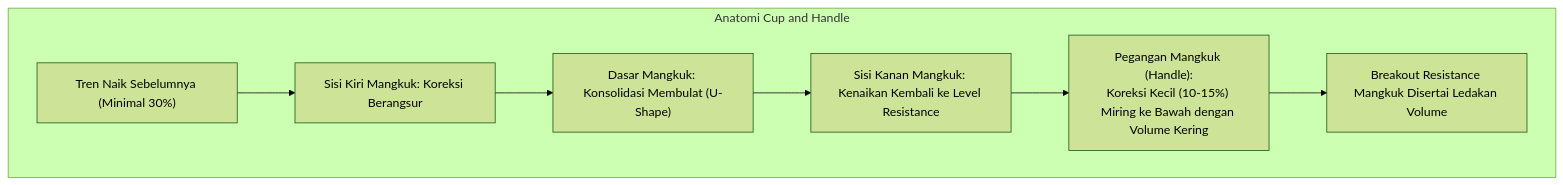
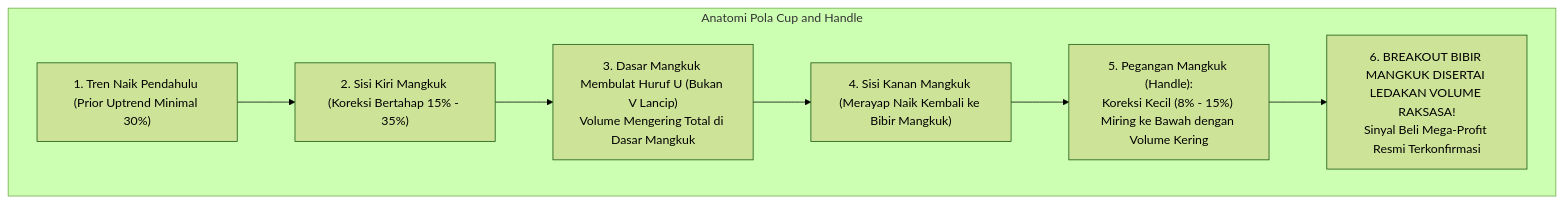
Before and after one commit to AlulCode45/Trading-Learning-Path: the eighth of 9 diagrams in docs/edianto-ong/21-chart-patterns.md, drawn with Mermaid (forest theme). The commit also changed other lines of this file and 29 other files, not shown here.

Commit message:
docs(edianto-ong): upgrade all 29 chapters with beginner analogies, diagrams, step-by-step guides, and case studies

````diff
--- a/docs/edianto-ong/21-chart-patterns.md
+++ b/docs/edianto-ong/21-chart-patterns.md
@@ -182,10 +218,10 @@
 ```mermaid
 flowchart TD
-    subgraph CupAndHandleFlow["Anatomi Cup and Handle"]
-        UptrendInit["Tren Naik Sebelumnya (Minimal 30%)"] --> CupLeft["Sisi Kiri Mangkuk: Koreksi Berangsur"]
-        CupLeft --> CupBottom["Dasar Mangkuk: Konsolidasi Membulat (U-Shape)"]
-        CupBottom --> CupRight["Sisi Kanan Mangkuk: Kenaikan Kembali ke Level Resistance"]
-        CupRight --> Handle["Pegangan Mangkuk (Handle):<br/>Koreksi Kecil (10-15%) Miring ke Bawah dengan Volume Kering"]
-        Handle --> FinalBreak["Breakout Resistance Mangkuk Disertai Ledakan Volume"]
+    subgraph CupAndHandleFlow["Anatomi Pola Cup and Handle"]
+        UptrendPrior["1. Tren Naik Pendahulu (Prior Uptrend Minimal 30%)"] --> CupLeft["2. Sisi Kiri Mangkuk (Koreksi Bertahap 15% - 35%)"]
+        CupLeft --> CupBottom["3. Dasar Mangkuk Membulat Huruf U (Bukan V Lancip)<br/>Volume Mengering Total di Dasar Mangkuk"]
+        CupBottom --> CupRight["4. Sisi Kanan Mangkuk (Merayap Naik Kembali ke Bibir Mangkuk)"]
+        CupRight --> Handle["5. Pegangan Mangkuk (Handle):<br/>Koreksi Kecil (8% - 15%) Miring ke Bawah dengan Volume Kering"]
+        Handle --> FinalBreakout["6. BREAKOUT BIBIR MANGKUK DISERTAI LEDAKAN VOLUME RAKSASA!<br/>Sinyal Beli Mega-Profit Resmi Terkonfirmasi"]
     end
 ```
````
